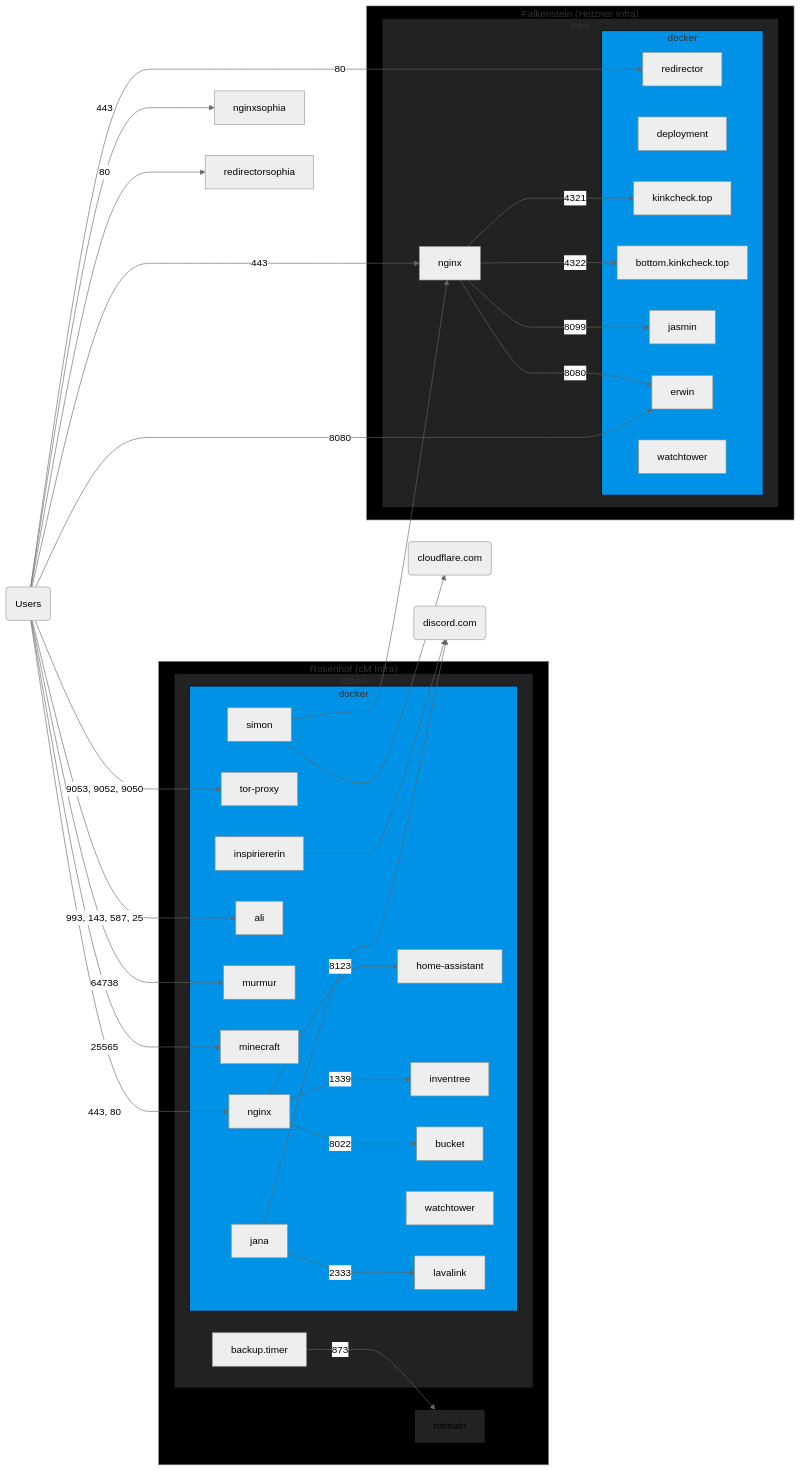
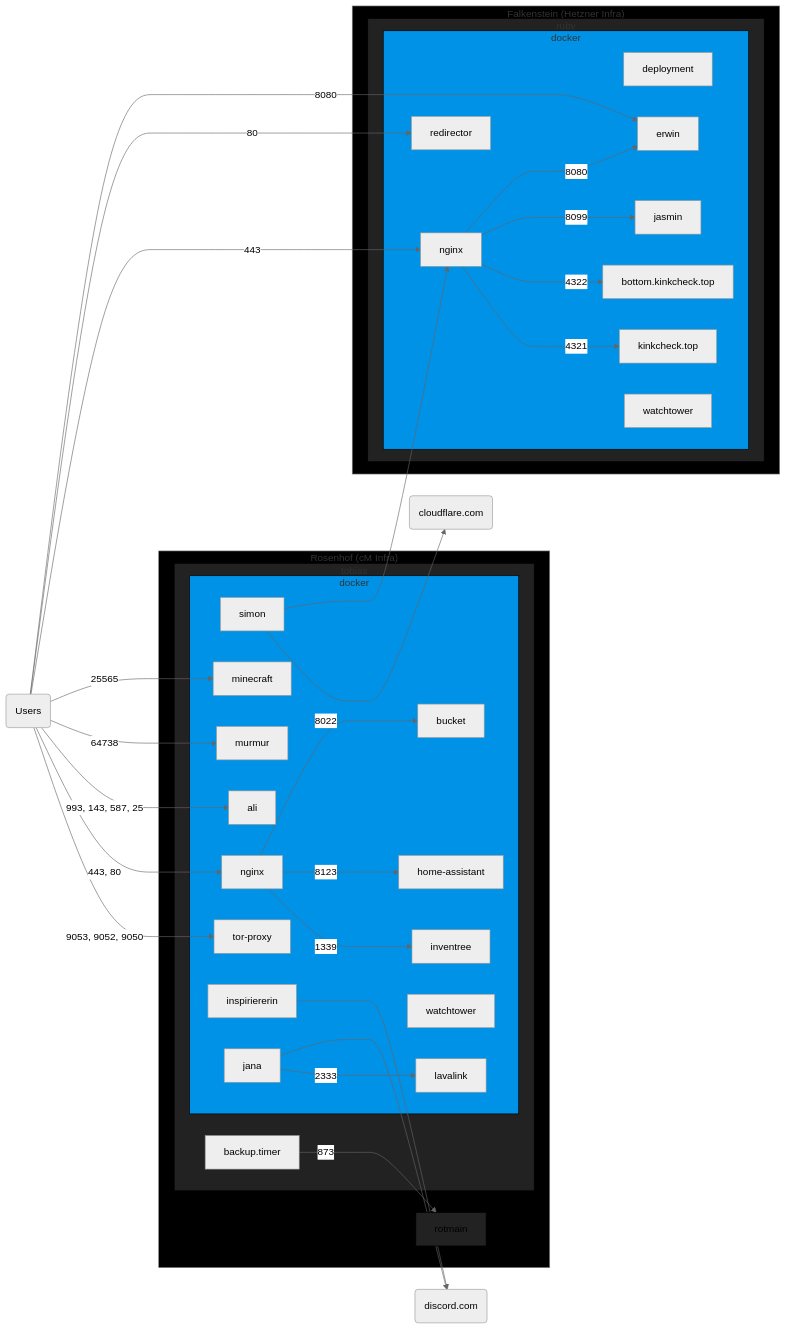
One commit to chrissxMedia/chrissx.de.conf.sh changed the diagram in README.md. Above: the diagram before and after it, drawn with Mermaid (neutral theme).

Commit message:
readme: correct infra graph

```diff
--- a/README.md
+++ b/README.md
@@ -38,8 +38,8 @@
 
 subgraph falkenstein["Falkenstein (Hetzner Infra)"]
   subgraph ruby
-    nginxruby[nginx]
     subgraph dockerruby[docker]
+      nginxruby[nginx]
       redirector
       deployment
       kinkcheck.top
@@ -65,9 +65,7 @@
 internet -- "993, 143, 587, 25" --> ali
 internet -- 64738 --> murmur
 internet -- 25565 --> minecraft
-internet -- 443 --> nginxsophia
 internet -- 443 --> nginxruby
-internet -- 80 --> redirectorsophia
 internet -- 80 --> redirector
 internet -- 8080 --> erwin
 discord(discord.com)
@@ -76,7 +74,6 @@
 
 classDef docker fill:#0092e7,stroke:#000
 class dockerop docker
-class dockersophia docker
 class dockerruby docker
 classDef location fill:#000,stroke:#808080
 class rosenhof location
@@ -85,7 +82,6 @@
 classDef server fill:#222,stroke:#000
 class tobias server
 class rotmain server
-class sophia server
 class ruby server
 
 click tor-proxy "https://github.com/pixelcmtd/docker-containers/tree/master/tor-proxy" _blank
```
